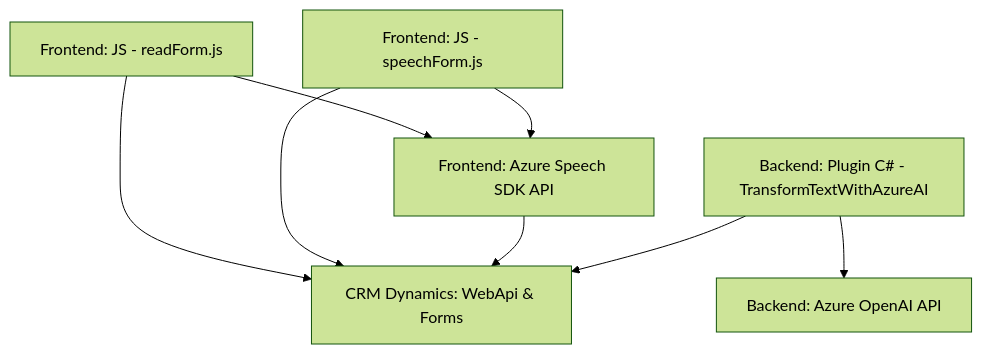
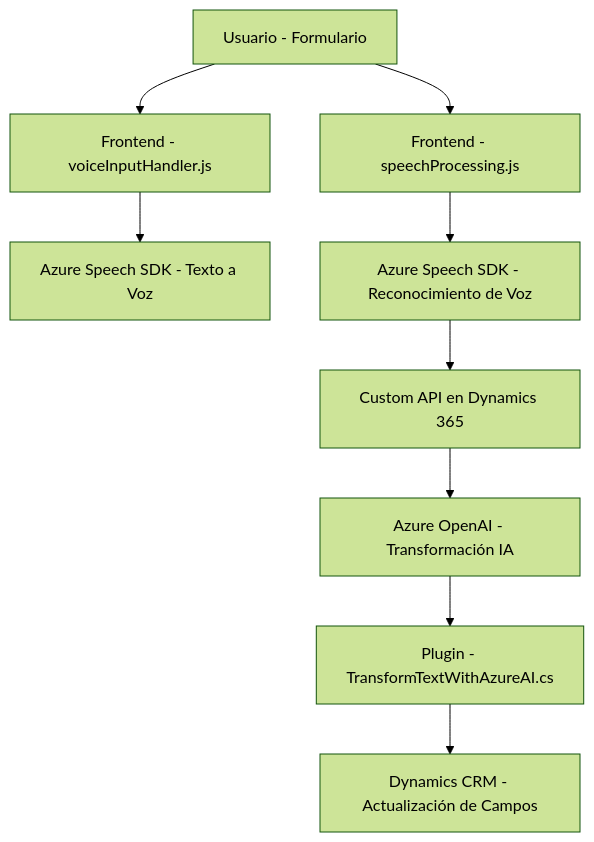
Before and after one commit to blopezdm/NETCORE_BILBAO2025: the diagram in README.md, drawn with Mermaid (forest theme). The commit also changed other lines of this file, not shown here.

````diff
--- a/README.md
+++ b/README.md
@@ -38,17 +42,11 @@
 ```mermaid
 graph TD
-    A["Frontend: JS - readForm.js"]
-    B["Frontend: JS - speechForm.js"]
-    C["Frontend: Azure Speech SDK API"]
-    D["Backend: Plugin C# - TransformTextWithAzureAI"]
-    E["Backend: Azure OpenAI API"]
-    F["CRM Dynamics: WebApi & Forms"]
-
-    A --> C
-    B --> C
-    A --> F
-    B --> F
-    C --> F
-    D --> F
-    D --> E
+    A["Usuario - Formulario"] --> B["Frontend - voiceInputHandler.js"]
+    A["Usuario - Formulario"] --> C["Frontend - speechProcessing.js"]
+    B["Frontend - voiceInputHandler.js"] --> D["Azure Speech SDK - Texto a Voz"]
+    C["Frontend - speechProcessing.js"] --> E["Azure Speech SDK - Reconocimiento de Voz"]
+    E --> F["Custom API en Dynamics 365"]
+    F --> G["Azure OpenAI - Transformación IA"]
+    G --> H["Plugin - TransformTextWithAzureAI.cs"]
+    H --> I["Dynamics CRM - Actualización de Campos"]
 ```
````
